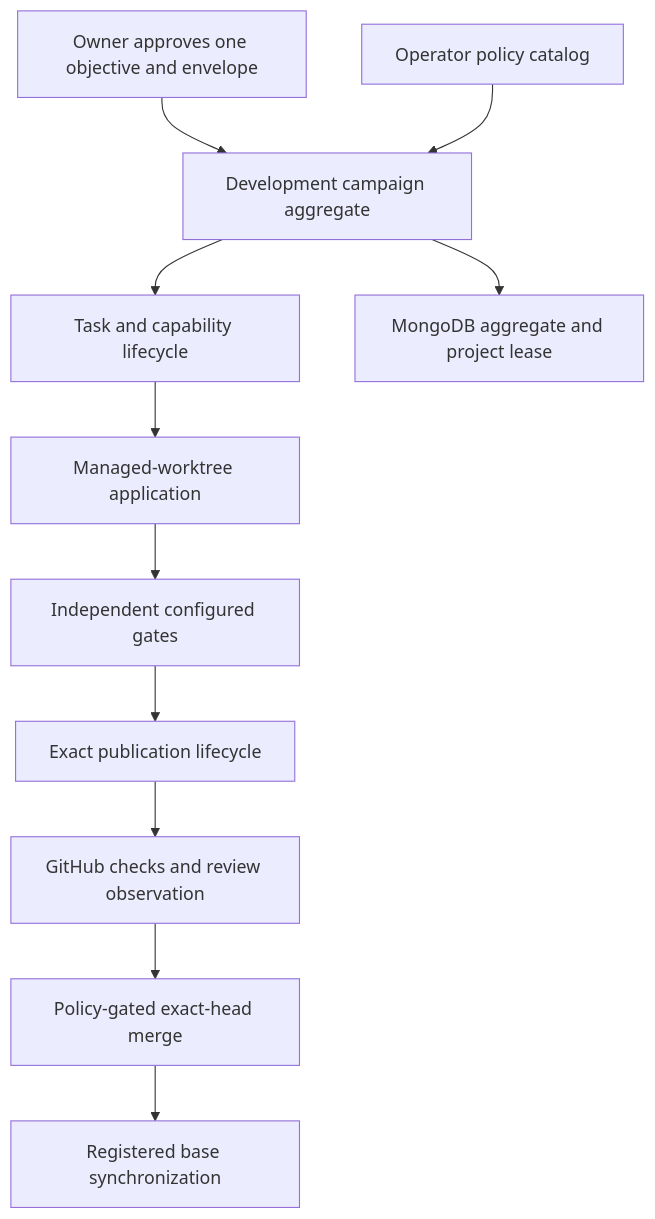
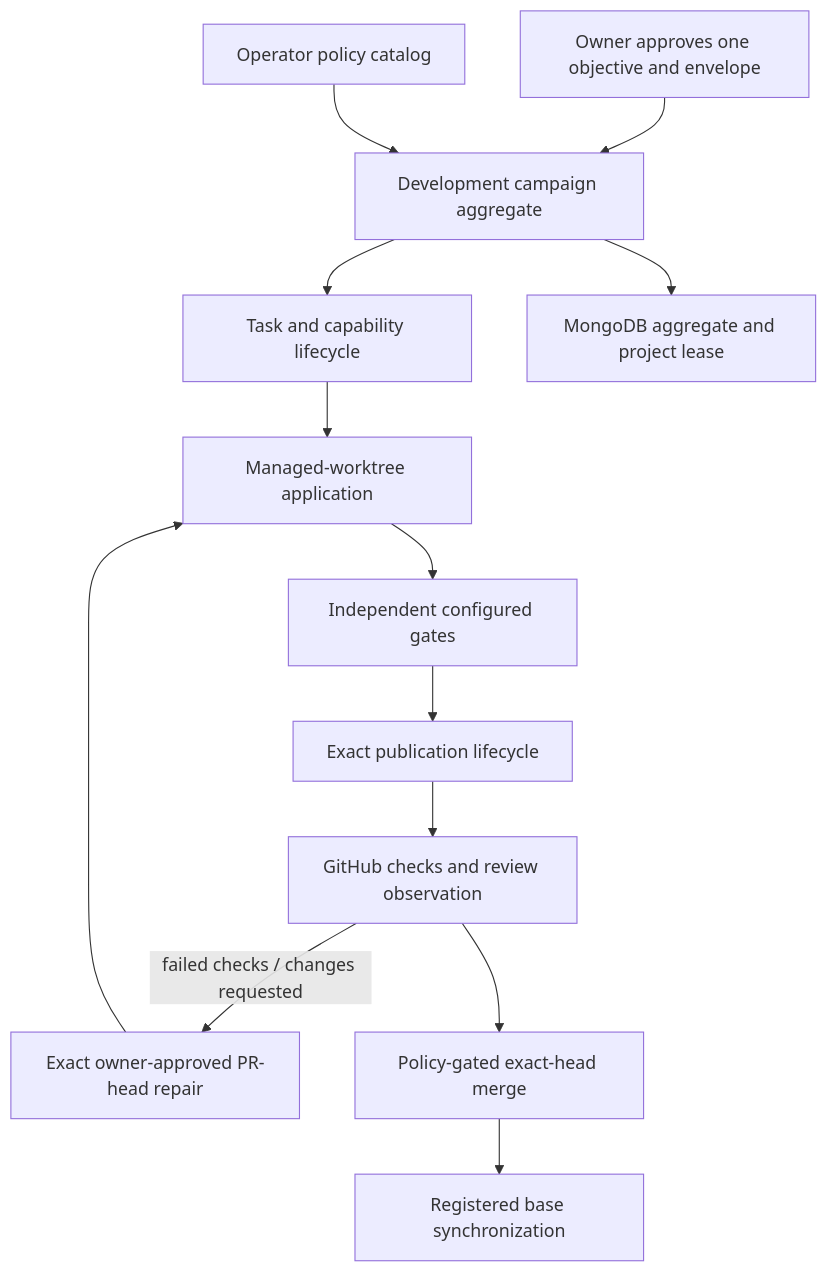
Before and after one commit to 4romgod/vera: diagram 14 of 16 in docs/system-architecture.md, drawn with Mermaid. The commit also changed other lines of this file and 44 other files, not shown here.

````diff
--- a/docs/system-architecture.md
+++ b/docs/system-architecture.md
@@ -938,13 +938,15 @@
 ```mermaid
 flowchart TB
     OWNER["Owner approves one objective and envelope"] --> CAMPAIGN["Development campaign aggregate"]
     POLICY["Operator policy catalog"] --> CAMPAIGN
     CAMPAIGN --> TASK["Task and capability lifecycle"]
     TASK --> APP["Managed-worktree application"]
     APP --> GATES["Independent configured gates"]
     GATES --> PUB["Exact publication lifecycle"]
     PUB --> OBS["GitHub checks and review observation"]
+    OBS -->|"failed checks / changes requested"| REPAIR["Exact owner-approved PR-head repair"]
+    REPAIR --> APP
     OBS --> MERGE["Policy-gated exact-head merge"]
     MERGE --> SYNC["Registered base synchronization"]
     CAMPAIGN --> OPS["MongoDB aggregate and project lease"]
 ```
````
